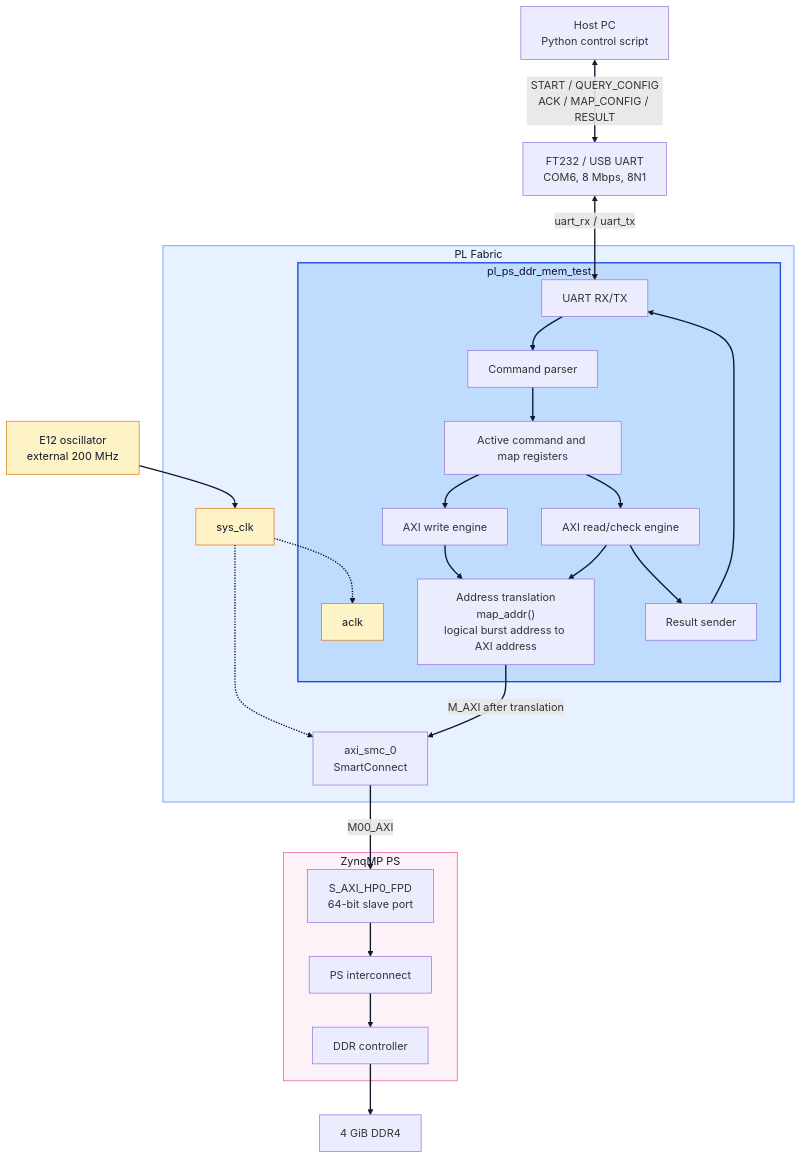
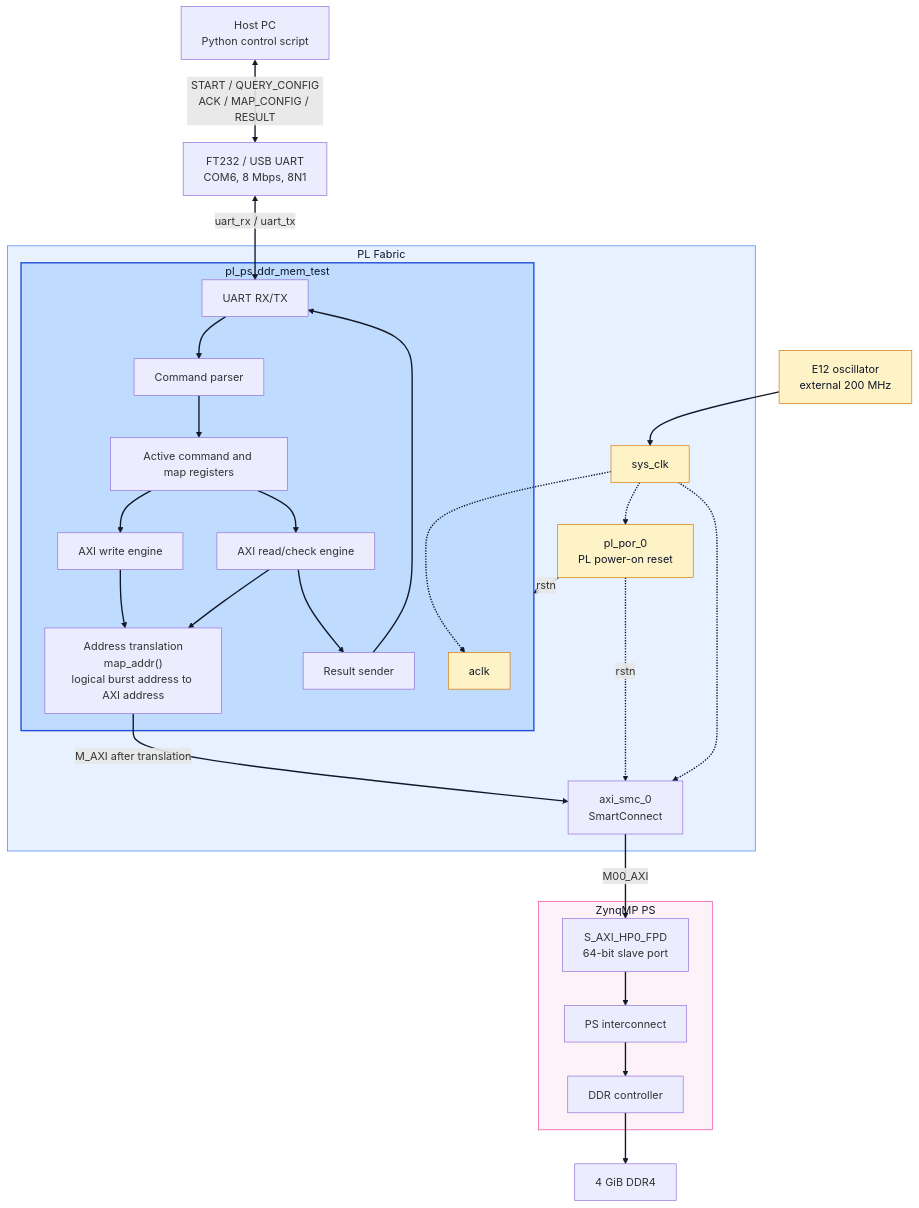
One commit to RESBI/ZU4EV-PL-to-PS-DDR-TEST changed the second of 9 diagrams in README.md. Above: the diagram before and after it, drawn with Mermaid. The commit also changed other lines of this file and 8 other files, not shown here.

Commit message:
Add JTAG blank boot and PL power-on reset support

````diff
--- a/README.md
+++ b/README.md
@@ -333,59 +394,63 @@
 ```mermaid
 flowchart TB
     Host["Host PC<br/>Python control script"]
     Usb["FT232 / USB UART<br/>COM6, 8 Mbps, 8N1"]
     Clk["E12 oscillator<br/>external 200 MHz"]
 
     Host <-->|START / QUERY_CONFIG<br/>ACK / MAP_CONFIG / RESULT| Usb
     Clk --> SysClk
 
     subgraph PL["PL Fabric"]
         SysClk["sys_clk"]
+        PlPor["pl_por_0<br/>PL power-on reset"]
 
         subgraph Tester["pl_ps_ddr_mem_test"]
             Aclk["aclk"]
             Uart["UART RX/TX"]
             Parser["Command parser"]
             Active["Active command and map registers"]
             Write["AXI write engine"]
             Read["AXI read/check engine"]
             Map["Address translation<br/>map_addr()<br/>logical burst address to AXI address"]
             Result["Result sender"]
 
             Uart --> Parser
             Parser --> Active
             Active --> Write
             Write --> Map
             Active --> Read
             Read --> Map
             Read --> Result
             Result --> Uart
         end
 
         SysClk -.-> Aclk
+        SysClk -.-> PlPor
         SysClk -.-> Smc["axi_smc_0<br/>SmartConnect"]
+        PlPor -.->|rstn| Tester
+        PlPor -.->|rstn| Smc
         Map -->|M_AXI after translation| Smc
     end
 
     Usb <-->|uart_rx / uart_tx| Uart
 
     subgraph PS["ZynqMP PS"]
         HpPort["S_AXI_HP0_FPD<br/>64-bit slave port"]
         HpPort --> Interconnect["PS interconnect"]
         Interconnect --> DdrCtrl["DDR controller"]
     end
 
     DdrCtrl --> Ddr["4 GiB DDR4"]
     Smc -->|M00_AXI| HpPort
 
     classDef fabric fill:#e8f1ff,stroke:#3b82f6,stroke-width:1px,color:#0f172a
     classDef tester fill:#bfdbfe,stroke:#1d4ed8,stroke-width:2px,color:#0f172a
     classDef ps fill:#fdf2f8,stroke:#ec4899,stroke-width:1px,color:#0f172a
     classDef clock fill:#fef3c7,stroke:#d97706,stroke-width:1px,color:#0f172a
     class PL fabric
     class Tester tester
     class PS ps
-    class Clk,SysClk,Aclk clock
+    class Clk,SysClk,Aclk,PlPor clock
 
     linkStyle default stroke:#111827,stroke-width:2px
 ```
````
